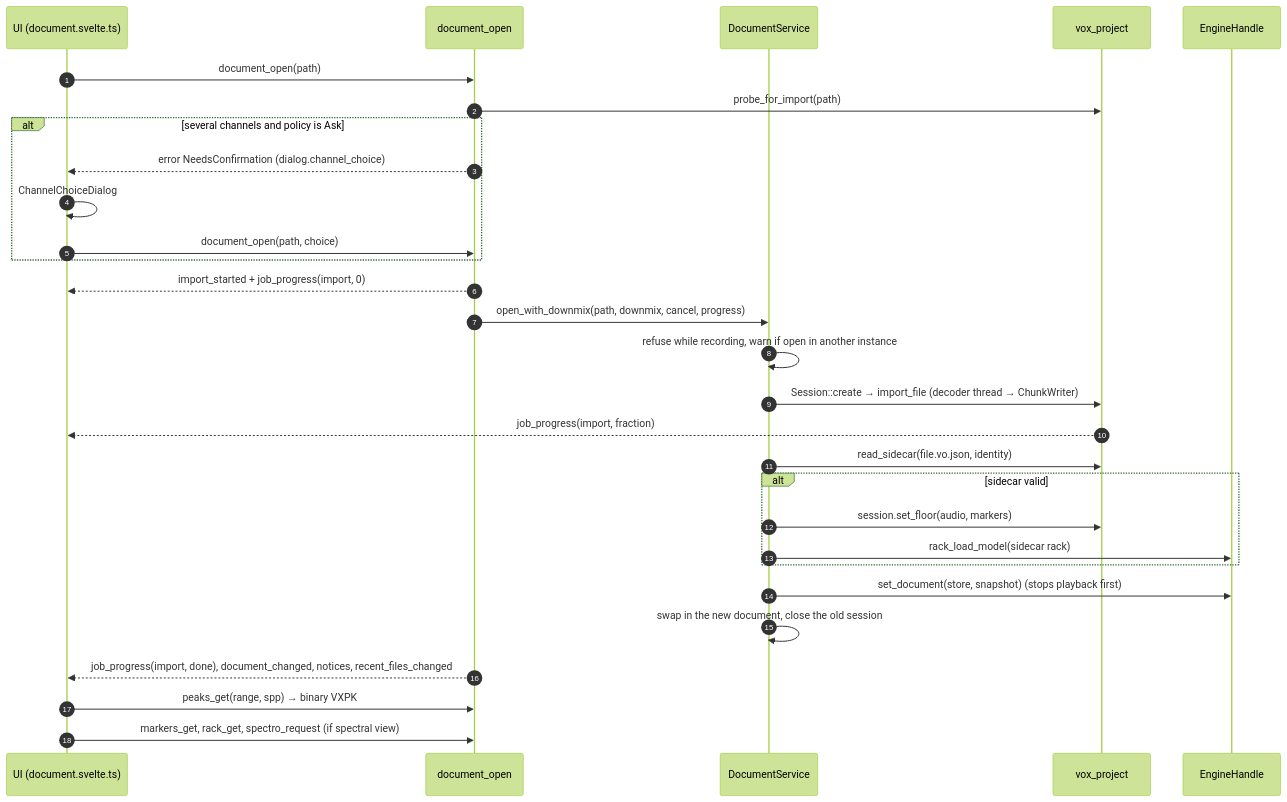
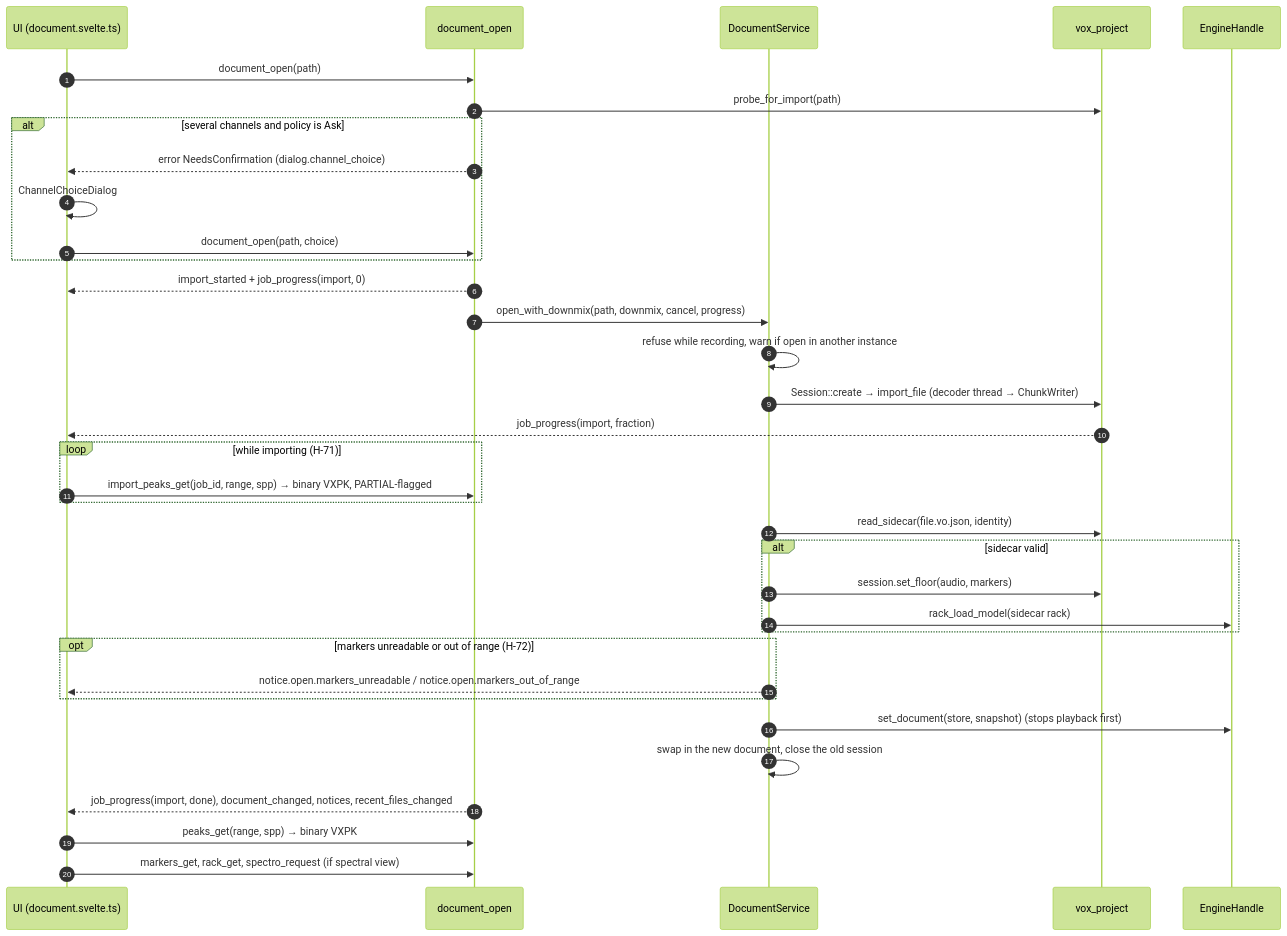
The third of 14 diagrams in docs/architecture/runtime.md (engLucasCorreia/powervoice), drawn with Mermaid (forest theme) before and after one commit. The commit also changed other lines of this file and 8 other files, not shown here.

````diff
--- a/docs/architecture/runtime.md
+++ b/docs/architecture/runtime.md
@@ -212,32 +216,38 @@
 ```mermaid
 sequenceDiagram
   autonumber
   participant UI as UI (document.svelte.ts)
   participant Cmd as document_open
   participant Doc as DocumentService
   participant Proj as vox_project
   participant Eng as EngineHandle
 
   UI->>Cmd: document_open(path)
   Cmd->>Proj: probe_for_import(path)
   alt several channels and policy is Ask
     Cmd-->>UI: error NeedsConfirmation (dialog.channel_choice)
     UI->>UI: ChannelChoiceDialog
     UI->>Cmd: document_open(path, choice)
   end
   Cmd-->>UI: import_started + job_progress(import, 0)
   Cmd->>Doc: open_with_downmix(path, downmix, cancel, progress)
   Doc->>Doc: refuse while recording, warn if open in another instance
   Doc->>Proj: Session::create → import_file (decoder thread → ChunkWriter)
   Proj-->>UI: job_progress(import, fraction)
+  loop while importing (H-71)
+    UI->>Cmd: import_peaks_get(job_id, range, spp) → binary VXPK, PARTIAL-flagged
+  end
   Doc->>Proj: read_sidecar(file.vo.json, identity)
   alt sidecar valid
     Doc->>Proj: session.set_floor(audio, markers)
     Doc->>Eng: rack_load_model(sidecar rack)
+  end
+  opt markers unreadable or out of range (H-72)
+    Doc-->>UI: notice.open.markers_unreadable / notice.open.markers_out_of_range
   end
   Doc->>Eng: set_document(store, snapshot) (stops playback first)
   Doc->>Doc: swap in the new document, close the old session
   Cmd-->>UI: job_progress(import, done), document_changed, notices, recent_files_changed
   UI->>Cmd: peaks_get(range, spp) → binary VXPK
   UI->>Cmd: markers_get, rack_get, spectro_request (if spectral view)
 ```
````
